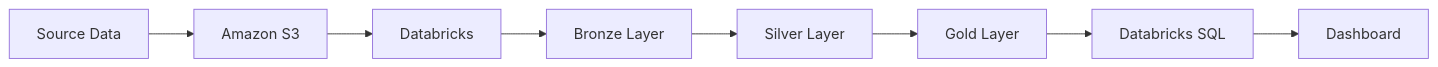
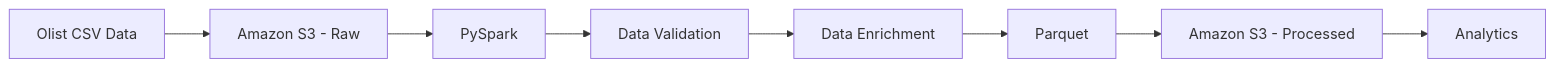
The first of 2 diagrams in README.md (Pranavp144/ecommerce-big-data-platform), drawn with Mermaid before and after one commit. The commit also changed other lines of this file and 2 other files, not shown here.

Commit message:
Complete AWS S3 data pipeline integration

````diff
--- a/README.md
+++ b/README.md
@@ -101,10 +108,10 @@
-```mermaid
+``` mermaid
 flowchart LR
-    A[Source Data] --> B[Amazon S3]
-    B --> C[Databricks]
-    C --> D[Bronze Layer]
-    D --> E[Silver Layer]
-    E --> F[Gold Layer]
-    F --> G[Databricks SQL]
-    G --> H[Dashboard]
+    A[Olist CSV Data] --> B[Amazon S3 - Raw]
+    B --> C[PySpark]
+    C --> D[Data Validation]
+    D --> E[Data Enrichment]
+    E --> F[Parquet]
+    F --> G[Amazon S3 - Processed]
+    G --> H[Analytics]
 ```
````
